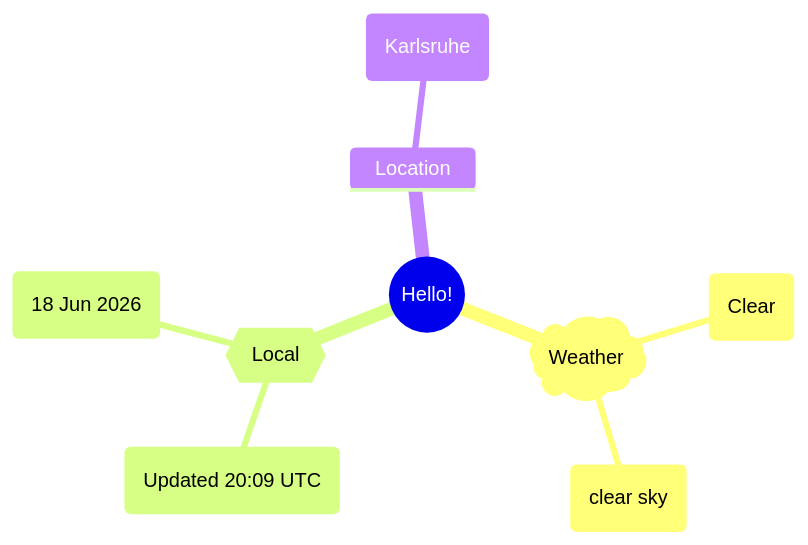
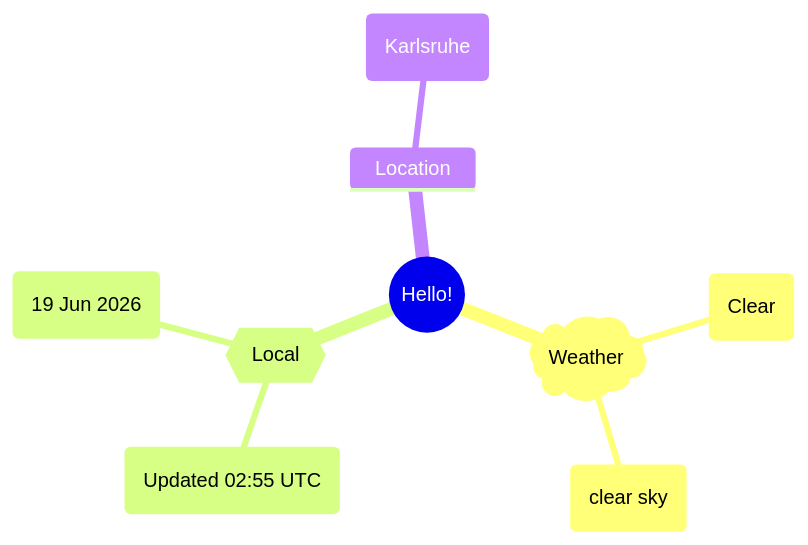
One commit to Xosrov/Xosrov changed the first of 2 diagrams in README.md. Above: the diagram before and after it, drawn with Mermaid.

Commit message:
[bot] updated images

````diff
--- a/README.md
+++ b/README.md
@@ -3,12 +3,12 @@
 ```mermaid
 mindmap
   root((Hello!))
     )Weather(
         (Clear)
         (clear sky)
     {{Local}}
-        (Updated 20:09 UTC)
-        (18 Jun 2026)
+        (Updated 02:55 UTC)
+        (19 Jun 2026)
     Location
         (Karlsruhe)
 ```
````
